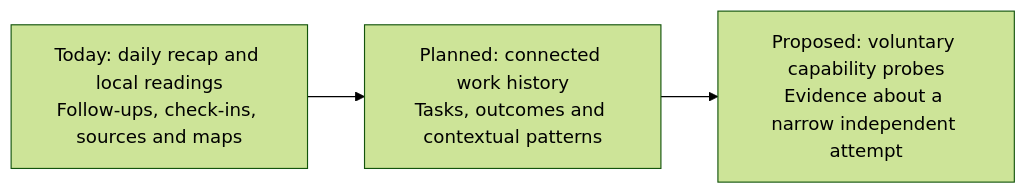
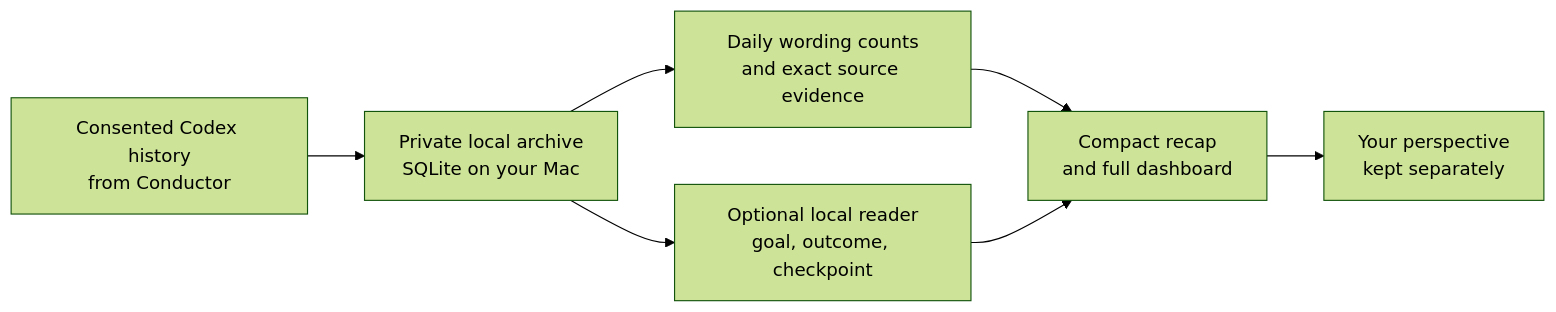
Before and after one commit to romrom-20/Vernier: the diagram in README.md, drawn with Mermaid (forest theme). The commit also changed other lines of this file and 14 other files, not shown here.

````diff
--- a/README.md
+++ b/README.md
@@ -43,5 +59,9 @@
 ```mermaid
 flowchart LR
-    A["Today: daily recap and local readings<br/>Follow-ups, check-ins, sources and maps"] --> B["Planned: connected work history<br/>Tasks, outcomes and contextual patterns"]
-    B --> C["Proposed: voluntary capability probes<br/>Evidence about a narrow independent attempt"]
+    A["Consented Codex history<br/>from Conductor"] --> B["Private local archive<br/>SQLite on your Mac"]
+    B --> C["Daily wording counts<br/>and exact source evidence"]
+    B --> D["Optional local reader<br/>goal, outcome, checkpoint"]
+    C --> E["Compact recap<br/>and full dashboard"]
+    D --> E
+    E --> F["Your perspective<br/>kept separately"]
 ```
````
